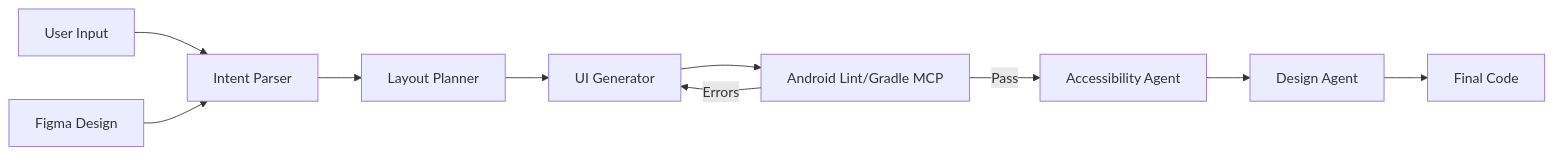
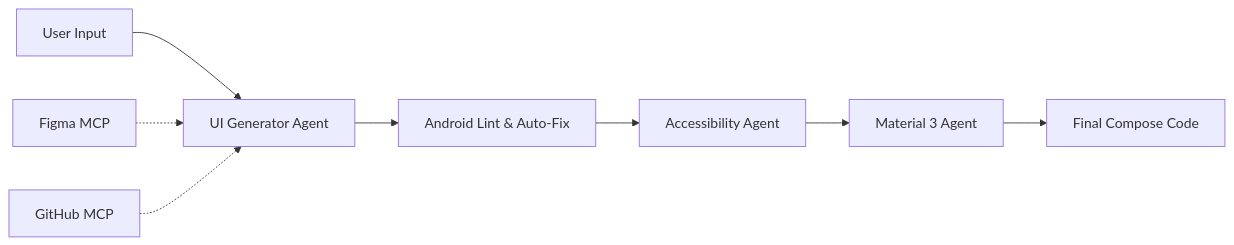
One commit to Amehran/Multi-Agent-Mobile-UI-Assistant- changed the diagram in README.md. Above: the diagram before and after it, drawn with Mermaid. The commit also changed other lines of this file and 50 other files, not shown here.

````diff
--- a/README.md
+++ b/README.md
@@ -36,12 +35,10 @@
 ```mermaid
 graph LR
-    User[User Input] --> Parser[Intent Parser]
-    Figma[Figma Design] --> Parser
-    Parser --> Planner[Layout Planner]
-    Planner --> Generator[UI Generator]
-    Generator --> Validator[Android Lint/Gradle MCP]
-    Validator -->|Errors| Generator
-    Validator -->|Pass| Reviewer1[Accessibility Agent]
-    Reviewer1 --> Reviewer2[Design Agent]
-    Reviewer2 --> Output[Final Code]
+    User[User Input] --> Generator[UI Generator Agent]
+    Figma[Figma MCP] -.-> Generator
+    GitHub[GitHub MCP] -.-> Generator
+    Generator --> Validator[Android Lint & Auto-Fix]
+    Validator --> Reviewer1[Accessibility Agent]
+    Reviewer1 --> Reviewer2[Material 3 Agent]
+    Reviewer2 --> Output[Final Compose Code]
 ```
````
